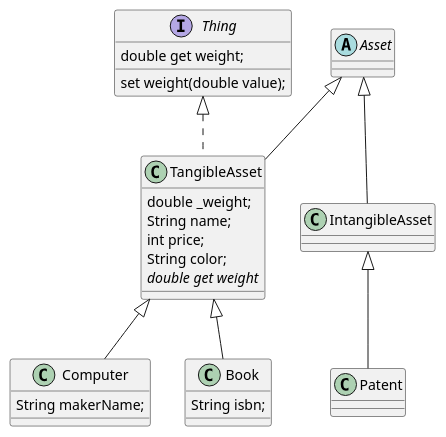
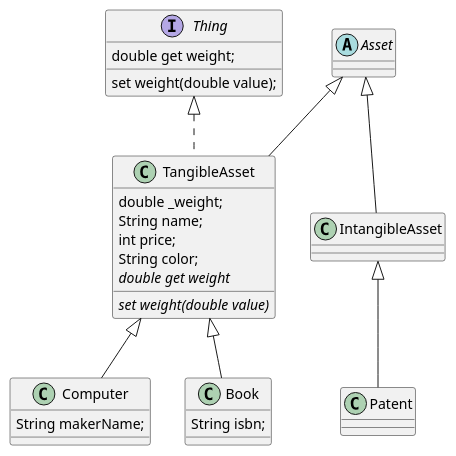
Before and after one commit to SurvivalCodingCampus/modu-3-dart-study: the diagram in lib/2025-03-19/asset_diagram.puml, drawn with PlantUML. The commit also changed 4 other files, not shown here.

```diff
--- a/lib/2025-03-19/asset_diagram.puml
+++ b/lib/2025-03-19/asset_diagram.puml
@@ -1,33 +1,34 @@
 @startuml
 
 interface Thing {
     double get weight;
     set weight(double value);
 }
 
 abstract class Asset {}
 
 class TangibleAsset extends Asset implements Thing {
     double _weight;
     String name;
     int price;
     String color;
     {abstract}double get weight
+    {abstract}set weight(double value)
 }
 
 class IntangibleAsset extends Asset {
 
 }
 
 class Computer extends TangibleAsset {
     String makerName;
 }
 
 class Book extends TangibleAsset {
     String isbn;
 }
 
 class Patent extends IntangibleAsset {}
 
 
 @enduml
```
